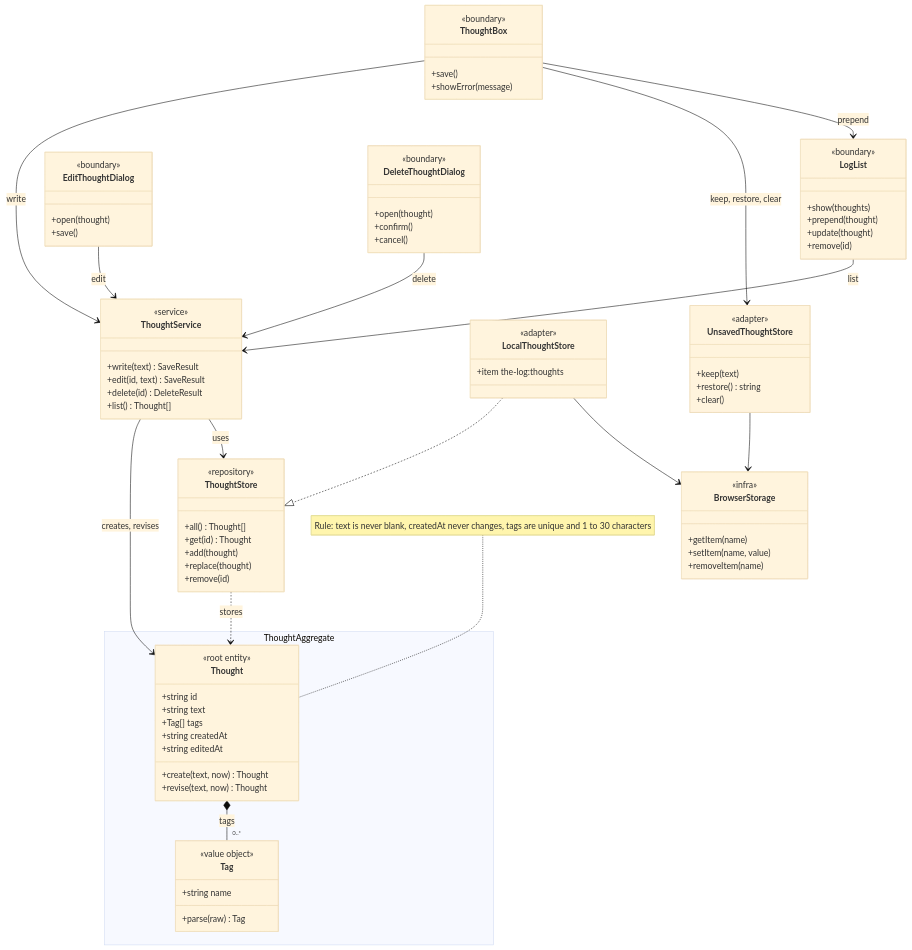
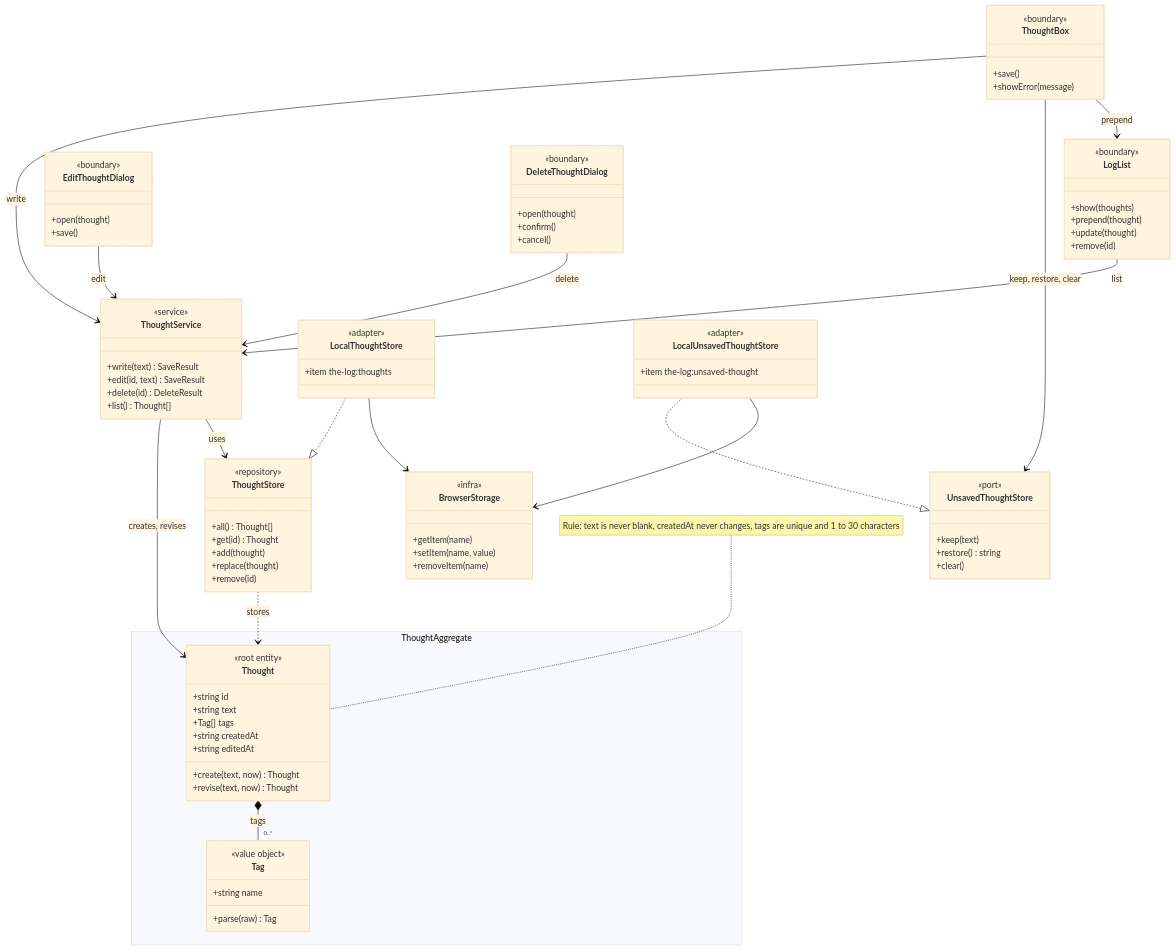
Before and after one commit to joisse1101/the-log: the first of 7 diagrams in wiki/thoughts/design.md, drawn with Mermaid (base theme). The commit also changed other lines of this file and 17 other files, not shown here.

Commit message:
refactor: add a port for unsaved text and share the failure messages

````diff
--- a/wiki/thoughts/design.md
+++ b/wiki/thoughts/design.md
@@ -204,10 +204,14 @@
     +item the-log:thoughts
   }
   class UnsavedThoughtStore {
-    <<adapter>>
+    <<port>>
     +keep(text)
     +restore() string
     +clear()
+  }
+  class LocalUnsavedThoughtStore {
+    <<adapter>>
+    +item the-log:unsaved-thought
   }
   class BrowserStorage {
     <<infra>>
@@ -227,5 +231,6 @@
   ThoughtStore ..> Thought : stores
   LocalThoughtStore ..|> ThoughtStore
   LocalThoughtStore --> BrowserStorage
-  UnsavedThoughtStore --> BrowserStorage
+  LocalUnsavedThoughtStore ..|> UnsavedThoughtStore
+  LocalUnsavedThoughtStore --> BrowserStorage
 ```
````
